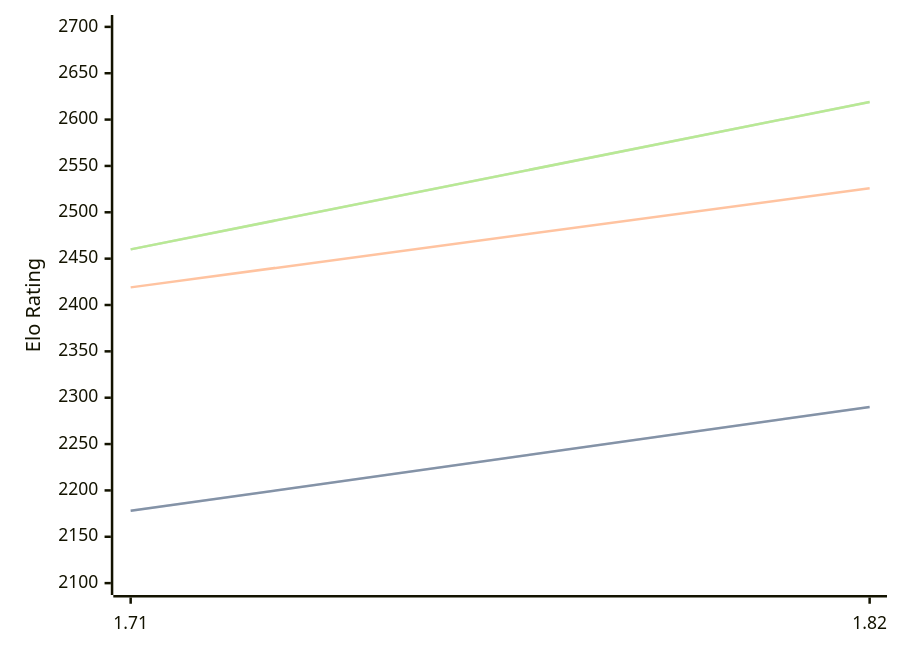
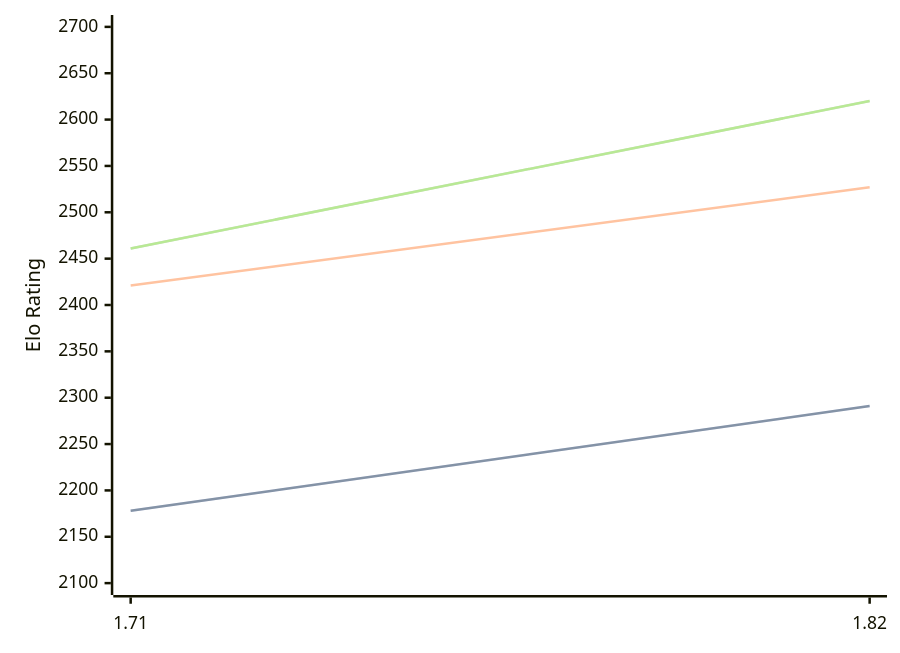
Before and after one commit to computer-chess-index/cci: the first of 3 diagrams in engines/Amira.md, drawn with Mermaid. The commit also changed other lines of this file, not shown here.

Commit message:
Update CCI Ratings (ELO VLTC) - 2026-06-30

````diff
--- a/engines/Amira.md
+++ b/engines/Amira.md
@@ -35,11 +35,11 @@
 ```mermaid
 %%{init: {"theme":"base","themeVariables":{"seriesColors:['#a3a3a3','#222221','#faa371']}}}%%
 xychart-beta
   x-axis ["1.71", "1.82"]
   y-axis "Elo Rating" 2100 --> 2700
-  line "STC (8.0+0.08s)" [2178, 2290]
-  line "STC (8.0+0.08s)" [2178, 2290]
-  line "LTC (60.0+0.60s)" [2419, 2526]
-  line "VLTC (2m24s+1.12s)" [2460, 2619]
-  line "VLTC (2m24s+1.12s)" [2460, 2619]
+  line "STC (8.0+0.08s)" [2178, 2291]
+  line "STC (8.0+0.08s)" [2178, 2291]
+  line "LTC (60.0+0.60s)" [2421, 2527]
+  line "VLTC (2m24s+1.12s)" [2461, 2620]
+  line "VLTC (2m24s+1.12s)" [2461, 2620]
 ```
````
